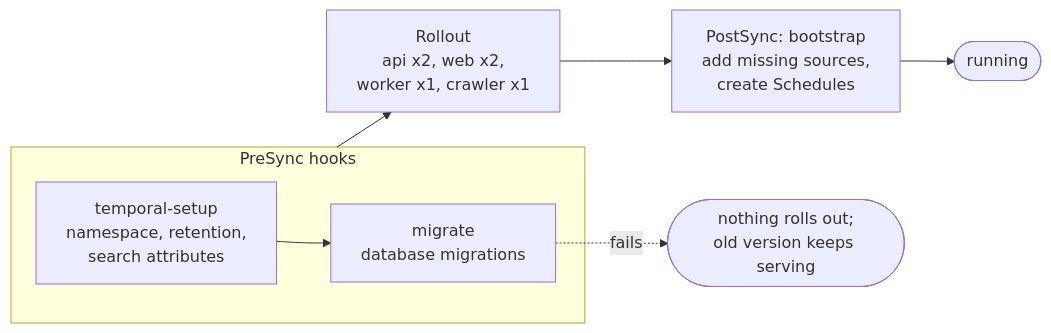
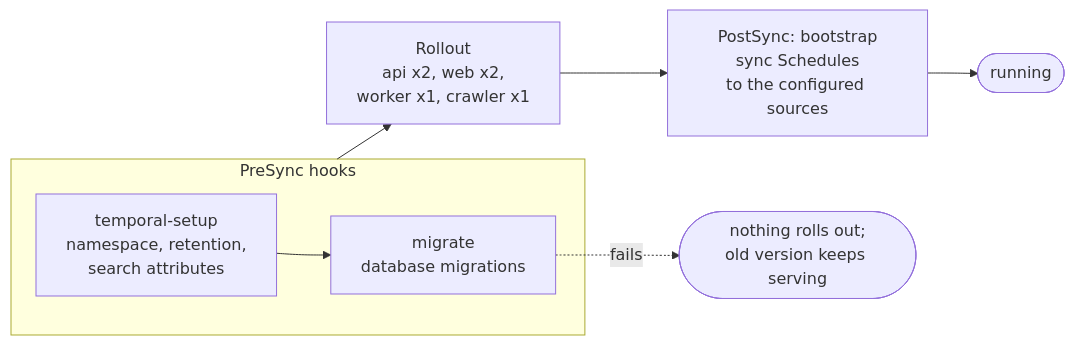
Diagram 13 of 15 in docs/design.md (joshdurbin/vulnerable_user_incident_tracking), drawn with Mermaid before and after one commit. The commit also changed other lines of this file and 9 other files, not shown here.

````diff
--- a/docs/design.md
+++ b/docs/design.md
@@ -346,10 +406,10 @@
 ```mermaid
 flowchart LR
   subgraph pre[PreSync hooks]
     t[temporal-setup<br/>namespace, retention,<br/>search attributes] --> m[migrate<br/>database migrations]
   end
   pre --> roll[Rollout<br/>api x2, web x2,<br/>worker x1, crawler x1]
-  roll --> post[PostSync: bootstrap<br/>add missing sources,<br/>create Schedules]
+  roll --> post[PostSync: bootstrap<br/>sync Schedules<br/>to the configured sources]
   post --> run([running])
   m -. fails .-> stop([nothing rolls out;<br/>old version keeps serving])
 ```
````
